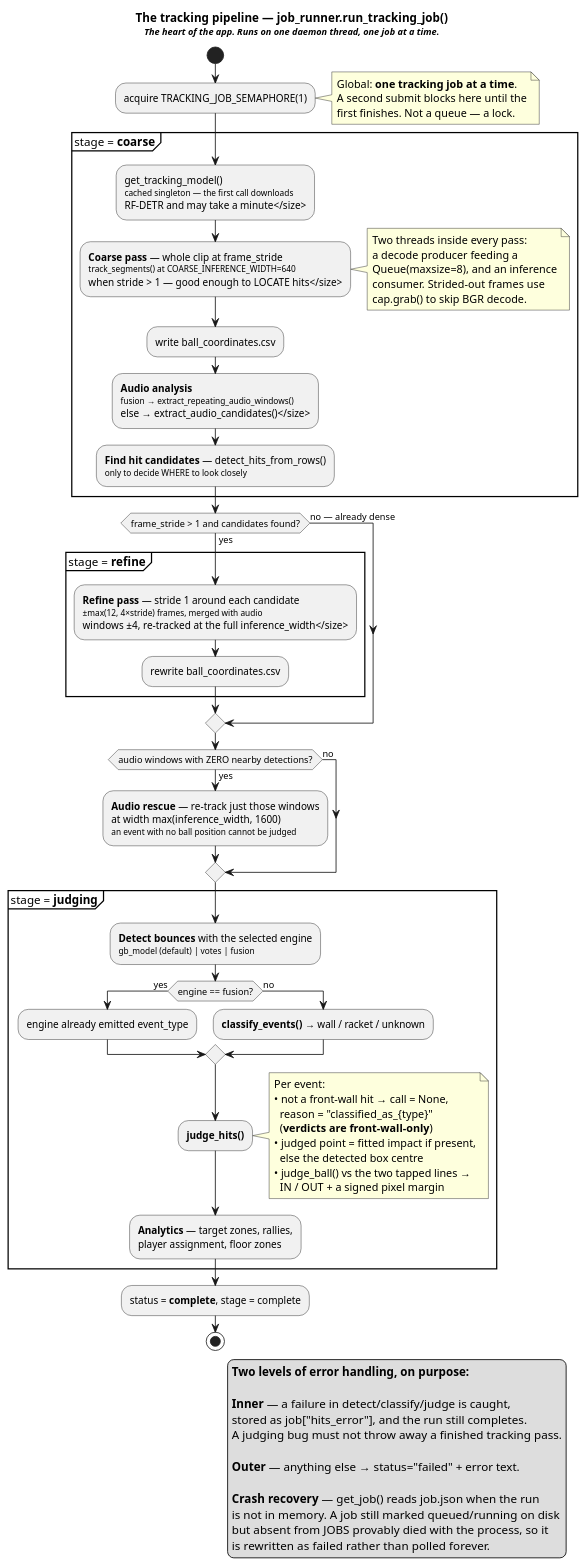
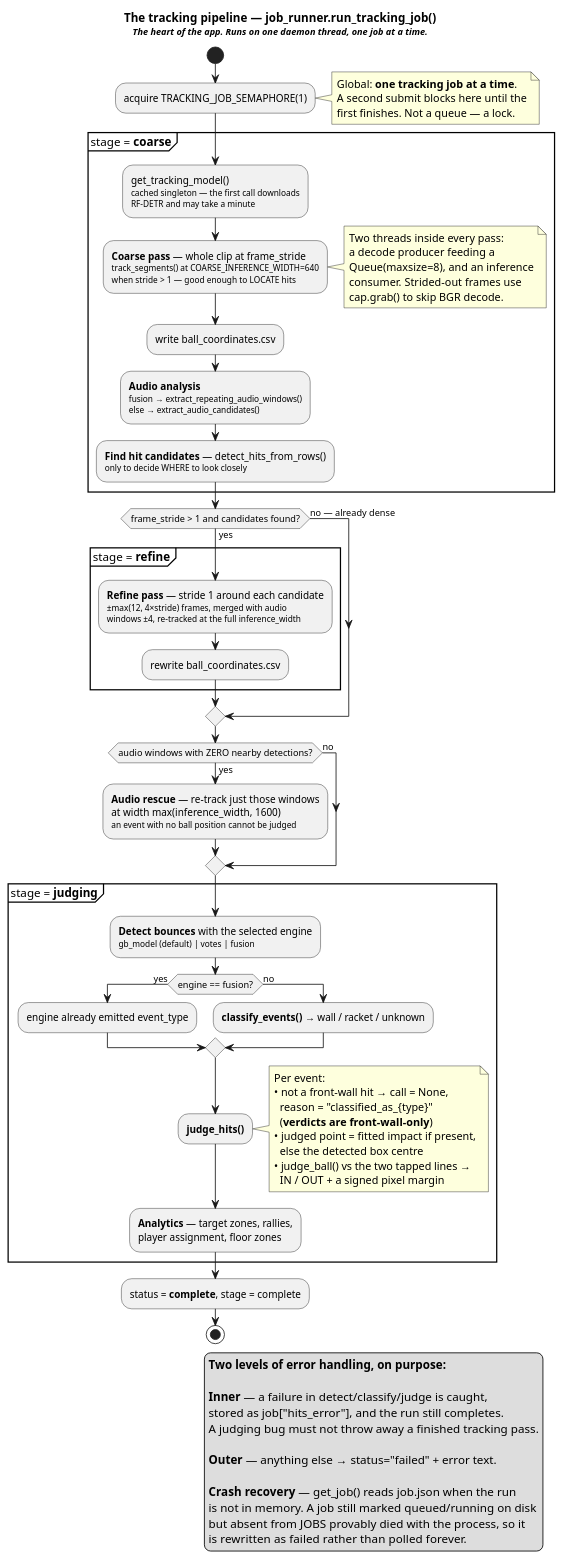
Before and after one commit to redcappyal/UCSC-AI-Project: the third of 7 diagrams in docs/architecture.puml, drawn with PlantUML. The commit also changed other lines of this file and 1 other file, not shown here.

First line of the commit message:
fix(arch): render the diagrams, and fix what only rendering could reveal

```diff
--- a/docs/architecture.puml
+++ b/docs/architecture.puml
@@ -217,102 +217,102 @@
 @startuml tracking_pipeline
 title The tracking pipeline — job_runner.run_tracking_job()\n<size:11>//The heart of the app. Runs on one daemon thread, one job at a time.//</size>
 
 skinparam shadowing false
 skinparam ArrowFontSize 11
 
 start
 
 :acquire TRACKING_JOB_SEMAPHORE(1);
 note right
   Global: <b>one tracking job at a time</b>.
   A second submit blocks here until the
   first finishes. Not a queue — a lock.
 end note
 
 partition "stage = **coarse**" {
   :get_tracking_model()
-  <size:10>cached singleton — the first call downloads
-  RF-DETR and may take a minute</size>;
+  <size:10>cached singleton — the first call downloads</size>
+  <size:10>RF-DETR and may take a minute</size>;
 
   :**Coarse pass** — whole clip at frame_stride
-  <size:10>track_segments() at COARSE_INFERENCE_WIDTH=640
-  when stride > 1 — good enough to LOCATE hits</size>;
+  <size:10>track_segments() at COARSE_INFERENCE_WIDTH=640</size>
+  <size:10>when stride > 1 — good enough to LOCATE hits</size>;
   note right
     Two threads inside every pass:
     a decode producer feeding a
     Queue(maxsize=8), and an inference
     consumer. Strided-out frames use
     cap.grab() to skip BGR decode.
   end note
 
   :write ball_coordinates.csv;
 
   :**Audio analysis**
-  <size:10>fusion → extract_repeating_audio_windows()
-  else → extract_audio_candidates()</size>;
+  <size:10>fusion → extract_repeating_audio_windows()</size>
+  <size:10>else → extract_audio_candidates()</size>;
 
   :**Find hit candidates** — detect_hits_from_rows()
   <size:10>only to decide WHERE to look closely</size>;
 }
 
 if (frame_stride > 1 and candidates found?) then (yes)
   partition "stage = **refine**" {
     :**Refine pass** — stride 1 around each candidate
-    <size:10>±max(12, 4×stride) frames, merged with audio
-    windows ±4, re-tracked at the full inference_width</size>;
+    <size:10>±max(12, 4×stride) frames, merged with audio</size>
+    <size:10>windows ±4, re-tracked at the full inference_width</size>;
     :rewrite ball_coordinates.csv;
   }
 else (no — already dense)
 endif
 
 if (audio windows with ZERO nearby detections?) then (yes)
   :**Audio rescue** — re-track just those windows
   at width max(inference_width, 1600)
   <size:10>an event with no ball position cannot be judged</size>;
 else (no)
 endif
 
 partition "stage = **judging**" {
   :**Detect bounces** with the selected engine
   <size:10>gb_model (default) | votes | fusion</size>;
   if (engine == fusion?) then (yes)
     :engine already emitted event_type;
   else (no)
     :**classify_events()** → wall / racket / unknown;
   endif
 
   :**judge_hits()**;
   note right
     Per event:
     • not a front-wall hit → call = None,
       reason = "classified_as_{type}"
       (<b>verdicts are front-wall-only</b>)
     • judged point = fitted impact if present,
       else the detected box centre
     • judge_ball() vs the two tapped lines →
       IN / OUT + a signed pixel margin
   end note
 
   :**Analytics** — target zones, rallies,
   player assignment, floor zones;
 }
 
 :status = **complete**, stage = complete;
 stop
 
 legend right
   <b>Two levels of error handling, on purpose:</b>
 
   <b>Inner</b> — a failure in detect/classify/judge is caught,
   stored as job["hits_error"], and the run still completes.
   A judging bug must not throw away a finished tracking pass.
 
   <b>Outer</b> — anything else → status="failed" + error text.
 
   <b>Crash recovery</b> — get_job() reads job.json when the run
   is not in memory. A job still marked queued/running on disk
   but absent from JOBS provably died with the process, so it
   is rewritten as failed rather than polled forever.
 endlegend
 
 @enduml
```
